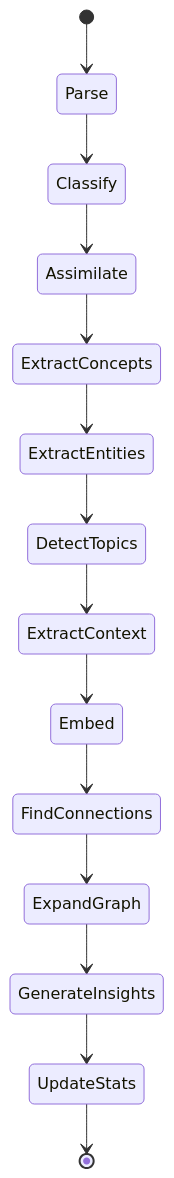
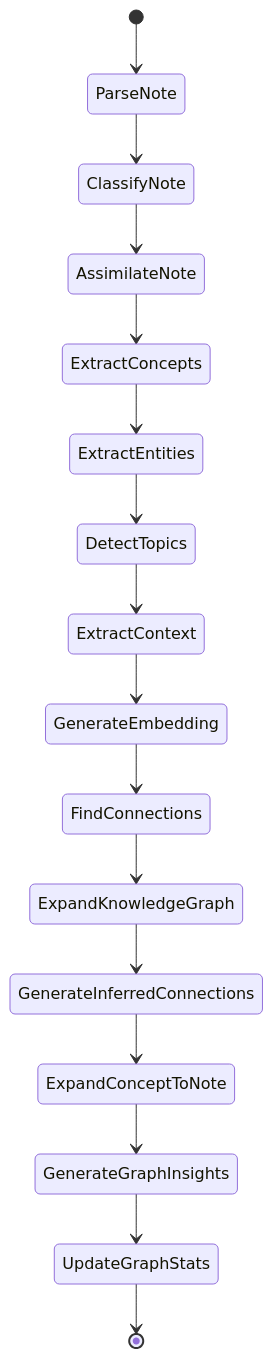
The fifth of 6 diagrams in README.md (imsouza/berrybrain), drawn with Mermaid before and after one commit. The commit also changed other lines of this file and 160 other files, not shown here.

````diff
--- a/README.md
+++ b/README.md
@@ -346,16 +345,18 @@
 ```mermaid
 stateDiagram-v2
-  [*] --> Parse
-  Parse --> Classify
-  Classify --> Assimilate
-  Assimilate --> ExtractConcepts
+  [*] --> ParseNote
+  ParseNote --> ClassifyNote
+  ClassifyNote --> AssimilateNote
+  AssimilateNote --> ExtractConcepts
   ExtractConcepts --> ExtractEntities
   ExtractEntities --> DetectTopics
   DetectTopics --> ExtractContext
-  ExtractContext --> Embed
-  Embed --> FindConnections
-  FindConnections --> ExpandGraph
-  ExpandGraph --> GenerateInsights
-  GenerateInsights --> UpdateStats
-  UpdateStats --> [*]
+  ExtractContext --> GenerateEmbedding
+  GenerateEmbedding --> FindConnections
+  FindConnections --> ExpandKnowledgeGraph
+  ExpandKnowledgeGraph --> GenerateInferredConnections
+  GenerateInferredConnections --> ExpandConceptToNote
+  ExpandConceptToNote --> GenerateGraphInsights
+  GenerateGraphInsights --> UpdateGraphStats
+  UpdateGraphStats --> [*]
 ```
````
